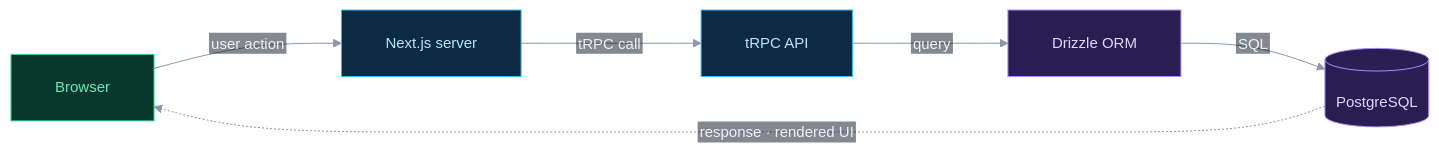
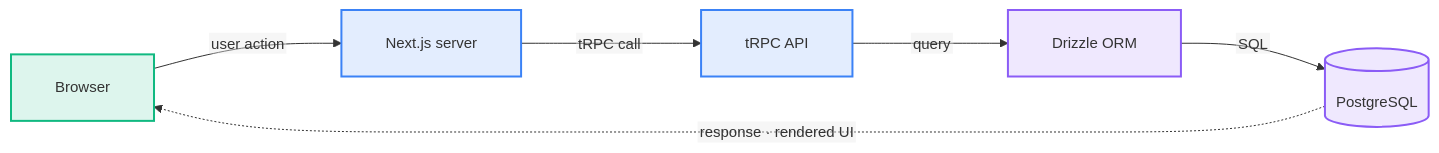
One commit to alvintoh/aether-flow changed the second of 3 diagrams in .claude/skills/arch-diagram/SKILL.md. Above: the diagram before and after it, drawn with Mermaid. The commit also changed other lines of this file and 1 other file, not shown here.

First line of the commit message:
style(arch-diagram): make Mermaid diagrams light/dark adaptive

````diff
--- a/.claude/skills/arch-diagram/SKILL.md
+++ b/.claude/skills/arch-diagram/SKILL.md
@@ -125,17 +125,17 @@
 ```mermaid
-%%{init: {'flowchart':{'htmlLabels':false,'padding':22,'nodeSpacing':70,'rankSpacing':110,'curve':'basis'},'theme':'base','themeVariables':{'darkMode':true,'background':'#0d1220','fontSize':'15px','primaryColor':'#0c2a44','primaryBorderColor':'#38bdf8','primaryTextColor':'#eaf2fb','lineColor':'#8b95ad','edgeLabelBackground':'#0d1220'}}}%%
+%%{init: {'flowchart':{'htmlLabels':false,'padding':22,'nodeSpacing':70,'rankSpacing':110,'curve':'basis'},'themeVariables':{'fontSize':'15px'}}}%%
 flowchart LR
-  classDef accent fill:#07382b,stroke:#34d399,color:#6ee7b7
-  classDef app fill:#0c2a44,stroke:#38bdf8,color:#bae6fd
-  classDef data fill:#2a1d52,stroke:#a78bfa,color:#ddd6fe
+  classDef accent stroke:#10b981,stroke-width:2px,fill:#10b98124
+  classDef app stroke:#3b82f6,stroke-width:2px,fill:#3b82f624
+  classDef data stroke:#8b5cf6,stroke-width:2px,fill:#8b5cf624
   B["Browser"]:::accent
   N["Next.js server"]:::app
   A["tRPC API"]:::app
   O["Drizzle ORM"]:::data
   P[("PostgreSQL")]:::data
   B -->|user action| N
   N -->|tRPC call| A
   A -->|query| O
   O -->|SQL| P
   P -.->|response · rendered UI| B
 ```
````
